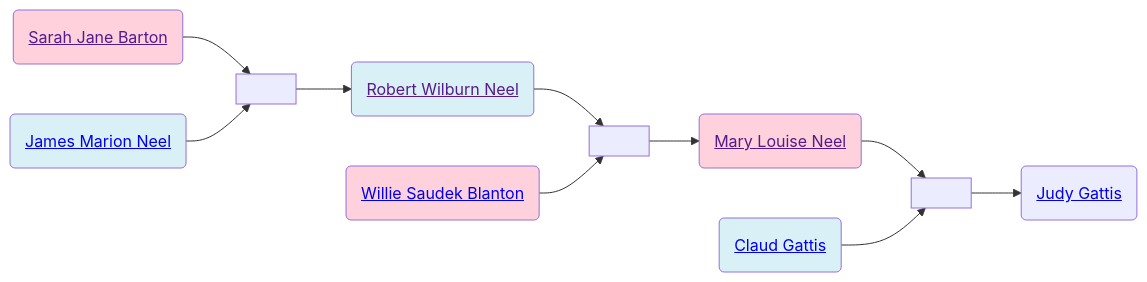
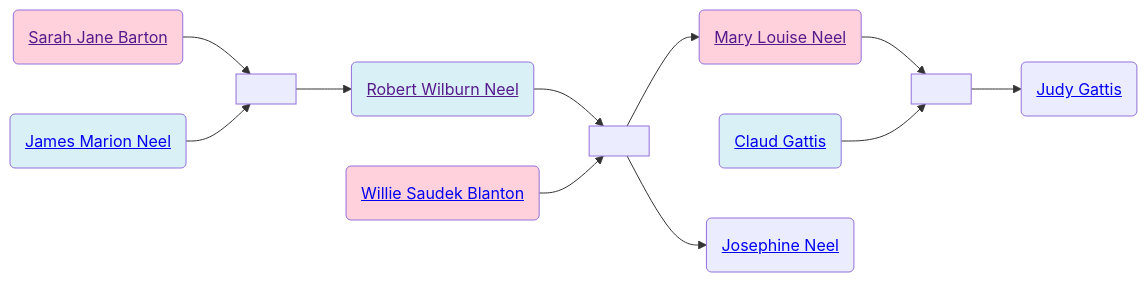
One commit to neelsmith/avocational changed the second of 2 diagrams in familyhistory/sources/people/Neel-line/Sarah_Jane_Barton.qmd. Above: the diagram before and after it, drawn with Mermaid. The commit also changed other lines of this file and 42 other files, not shown here.

````diff
--- a/familyhistory/sources/people/Neel-line/Sarah_Jane_Barton.qmd
+++ b/familyhistory/sources/people/Neel-line/Sarah_Jane_Barton.qmd
@@ -40,26 +43,29 @@
 ```{mermaid}
 graph LR
 %% LR descendant diagram
 class Sarah_Jane_Barton_and_James_Marion_Neel marriage
 Sarah_Jane_Barton(<a href=''>Sarah Jane Barton</>) --> Sarah_Jane_Barton_and_James_Marion_Neel[ ]
 James_Marion_Neel(<a href='./James_Marion_Neel.html'>James Marion Neel</>) --> Sarah_Jane_Barton_and_James_Marion_Neel(( ))
 class James_Marion_Neel father
 class Sarah_Jane_Barton mother
 Sarah_Jane_Barton_and_James_Marion_Neel[ ] --> Robert_Wilburn_Neel(<a href='./Robert_Wilburn_Neel.html'>Robert Wilburn Neel</>)
 class Robert_Wilburn_Neel_and_Willie_Saudek_Blanton marriage
 Robert_Wilburn_Neel(<a href=''>Robert Wilburn Neel</>) --> Robert_Wilburn_Neel_and_Willie_Saudek_Blanton[ ]
 Willie_Saudek_Blanton(<a href='./Blanton-line/Willie_Saudek_Blanton.html'>Willie Saudek Blanton</>) --> Robert_Wilburn_Neel_and_Willie_Saudek_Blanton(( ))
 class Robert_Wilburn_Neel father
 class Willie_Saudek_Blanton mother
 Robert_Wilburn_Neel_and_Willie_Saudek_Blanton[ ] --> Mary_Louise_Neel(<a href='./Mary_Louise_Neel.html'>Mary Louise Neel</>)
 class Mary_Louise_Neel_and_Claud_Gattis marriage
 Mary_Louise_Neel(<a href=''>Mary Louise Neel</>) --> Mary_Louise_Neel_and_Claud_Gattis[ ]
 Claud_Gattis(<a href='./../Gattis-line/Claud_Gattis.html'>Claud Gattis</>) --> Mary_Louise_Neel_and_Claud_Gattis(( ))
 class Claud_Gattis father
 class Mary_Louise_Neel mother
 Mary_Louise_Neel_and_Claud_Gattis[ ] --> Judy_Gattis(<a href='./../Gattis-line/Judy_Gattis.html'>Judy Gattis</>)
+class Robert_Wilburn_Neel father
+class Willie_Saudek_Blanton mother
+Robert_Wilburn_Neel_and_Willie_Saudek_Blanton[ ] --> Josephine_Neel(<a href='./Josephine_Neel.html'>Josephine Neel</>)
 classDef mother fill:#ffd1dc
 classDef father fill:#daf0f7  
 classDef marriage fill:#ffffff
 
 ```
````
